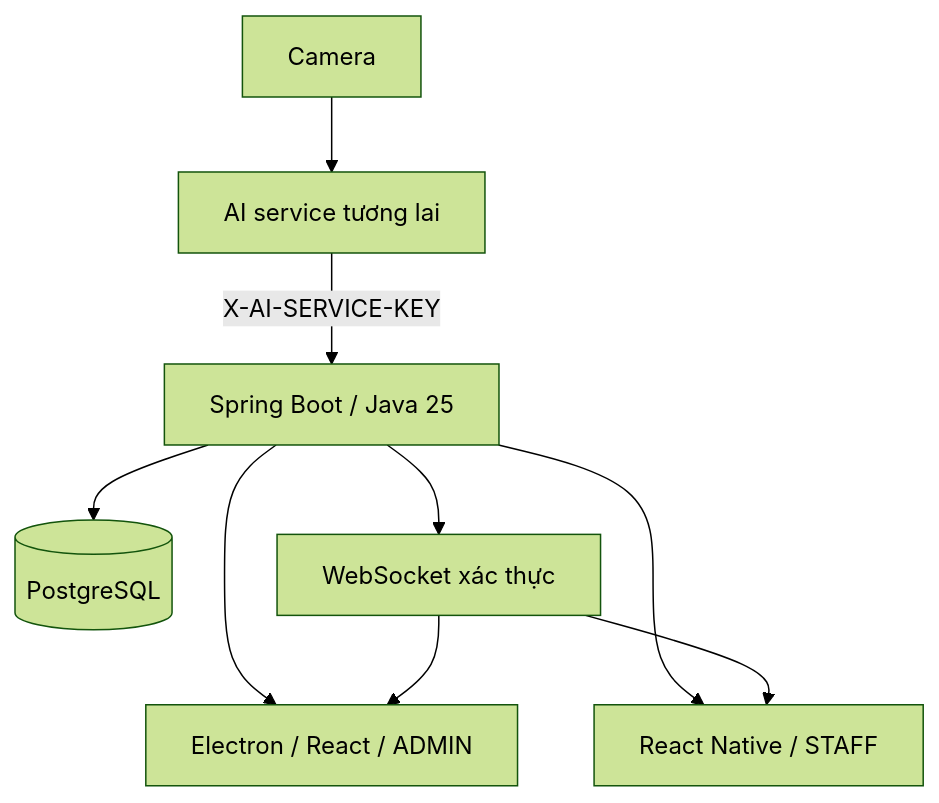
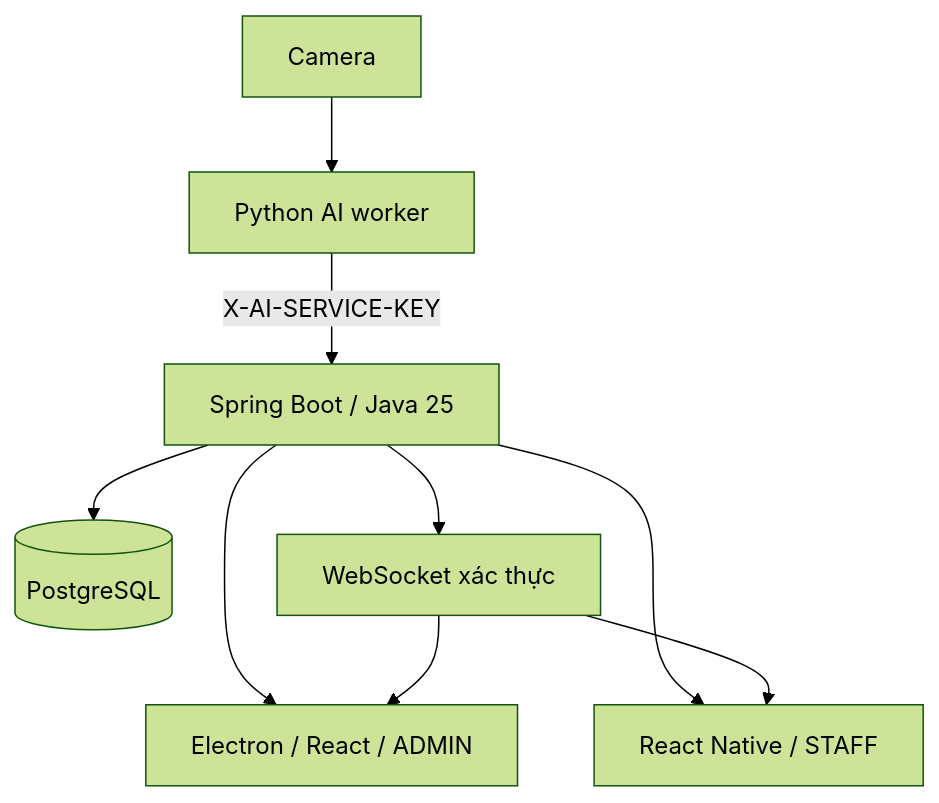
One commit to doanhopnguyen/HTTM_HoanThien changed the diagram in README.md. Above: the diagram before and after it, drawn with Mermaid (forest theme). The commit also changed other lines of this file and 47 other files, not shown here.

````diff
--- a/README.md
+++ b/README.md
@@ -7,11 +11,11 @@
 ```mermaid
 flowchart TD
-  Camera --> AI[AI service tương lai]
+  Camera --> AI[Python AI worker]
   AI -->|X-AI-SERVICE-KEY| Backend[Spring Boot / Java 25]
   Backend --> DB[(PostgreSQL)]
   Backend --> WS[WebSocket xác thực]
   Backend --> Desktop[Electron / React / ADMIN]
   Backend --> Mobile[React Native / STAFF]
   WS --> Desktop
   WS --> Mobile
 ```
````
